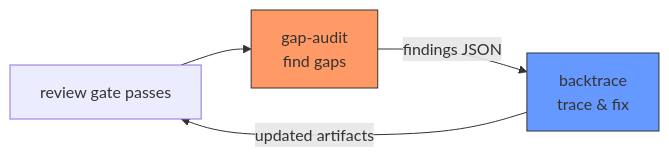
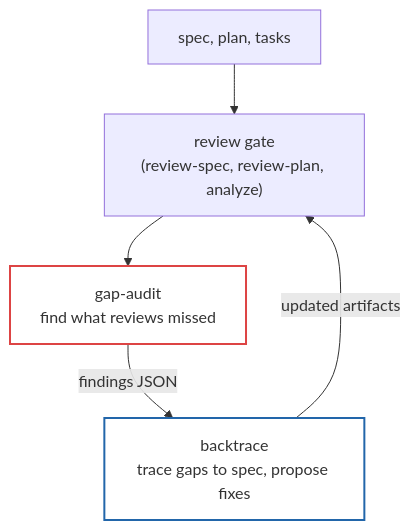
The diagram in README.md (mfleader/sdd-skills), drawn with Mermaid before and after one commit. The commit also changed other lines of this file, not shown here.

Commit message:
docs: improve workflow diagram with colorblind-friendly styling and clearer labels

````diff
--- a/README.md
+++ b/README.md
@@ -14,9 +14,10 @@
 ```mermaid
-flowchart LR
-    Review["review gate passes"] --> Gap["gap-audit<br>find gaps"]
-    Gap -->|"findings JSON"| BT["backtrace<br>trace & fix"]
-    BT -->|"updated artifacts"| Review
+flowchart TD
+    A["spec, plan, tasks"] --> B["review gate<br>(review-spec, review-plan, analyze)"]
+    B --> C["gap-audit<br>find what reviews missed"]
+    C -->|"findings JSON"| D["backtrace<br>trace gaps to spec, propose fixes"]
+    D -->|"updated artifacts"| B
 
-    style Gap fill:#f96,stroke:#333
-    style BT fill:#69f,stroke:#333
+    style C fill:#fff,stroke:#d44,stroke-width:2px
+    style D fill:#fff,stroke:#26a,stroke-width:2px
 ```
````
